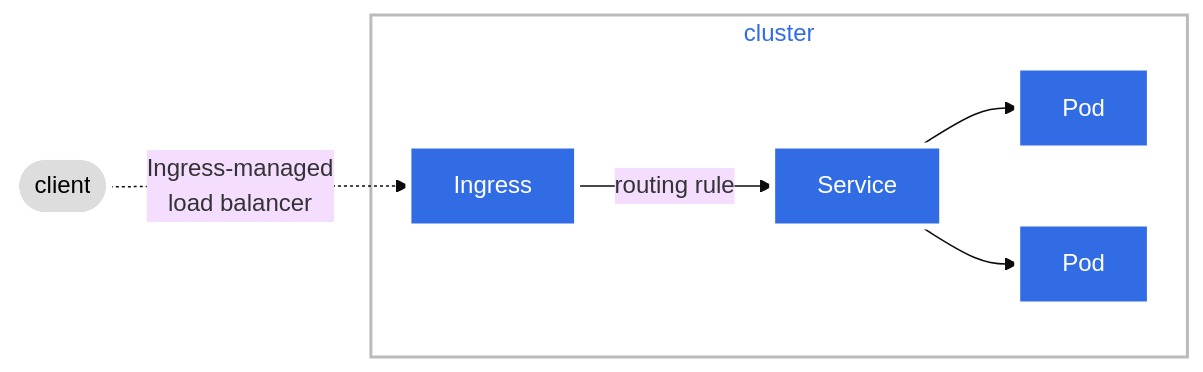
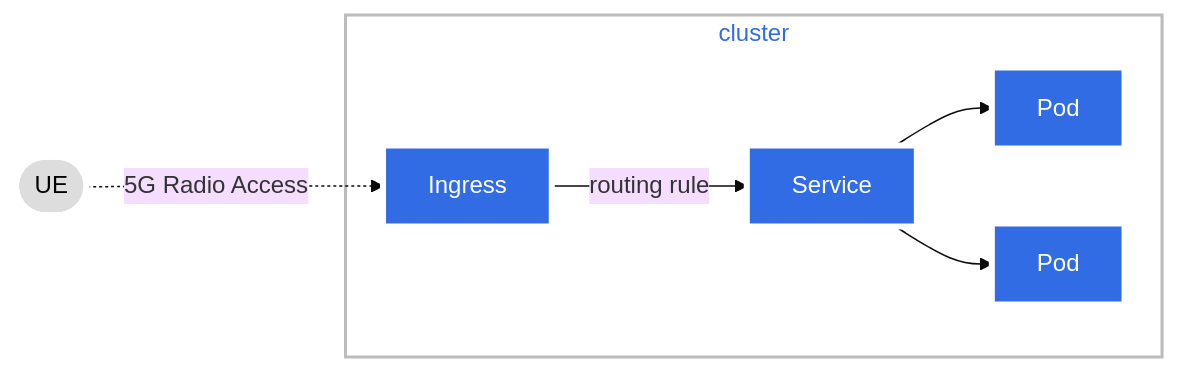
Before and after one commit to robinmordasiewicz/f5-cnf-lab: the second of 2 diagrams in index.rst, drawn with Mermaid (base theme). The commit also changed other lines of this file and 6 other files, not shown here.

```diff
--- a/index.rst
+++ b/index.rst
@@ -32,16 +50,17 @@
 .. mermaid::
+   :caption: Figure 6: Ingress Controller
 
-   graph LR;
-    client([client])-. Ingress-managed <br> load balancer .->ingress[Ingress];
-    ingress-->|routing rule|service[Service];
-    subgraph cluster
-    ingress;
-    service-->pod1[Pod];
-    service-->pod2[Pod];
-    end
-    classDef plain fill:#ddd,stroke:#fff,stroke-width:4px,color:#000;
-    classDef k8s fill:#326ce5,stroke:#fff,stroke-width:4px,color:#fff;
-    classDef cluster fill:#fff,stroke:#bbb,stroke-width:2px,color:#326ce5;
-    class ingress,service,pod1,pod2 k8s;
-    class client plain;
-    class cluster cluster;
+   graph LR
+      UE([UE])-. 5G Radio Access .->ingress[Ingress];
+      ingress-->|routing rule|service[Service];
+      subgraph cluster
+      ingress;
+      service-->pod1[Pod];
+      service-->pod2[Pod];
+      end
+      classDef plain fill:#ddd,stroke:#fff,stroke-width:4px,color:#000;
+      classDef k8s fill:#326ce5,stroke:#fff,stroke-width:4px,color:#fff;
+      classDef cluster fill:#fff,stroke:#bbb,stroke-width:2px,color:#326ce5;
+      class ingress,service,pod1,pod2 k8s;
+      class UE plain;
+      class cluster cluster;
```
